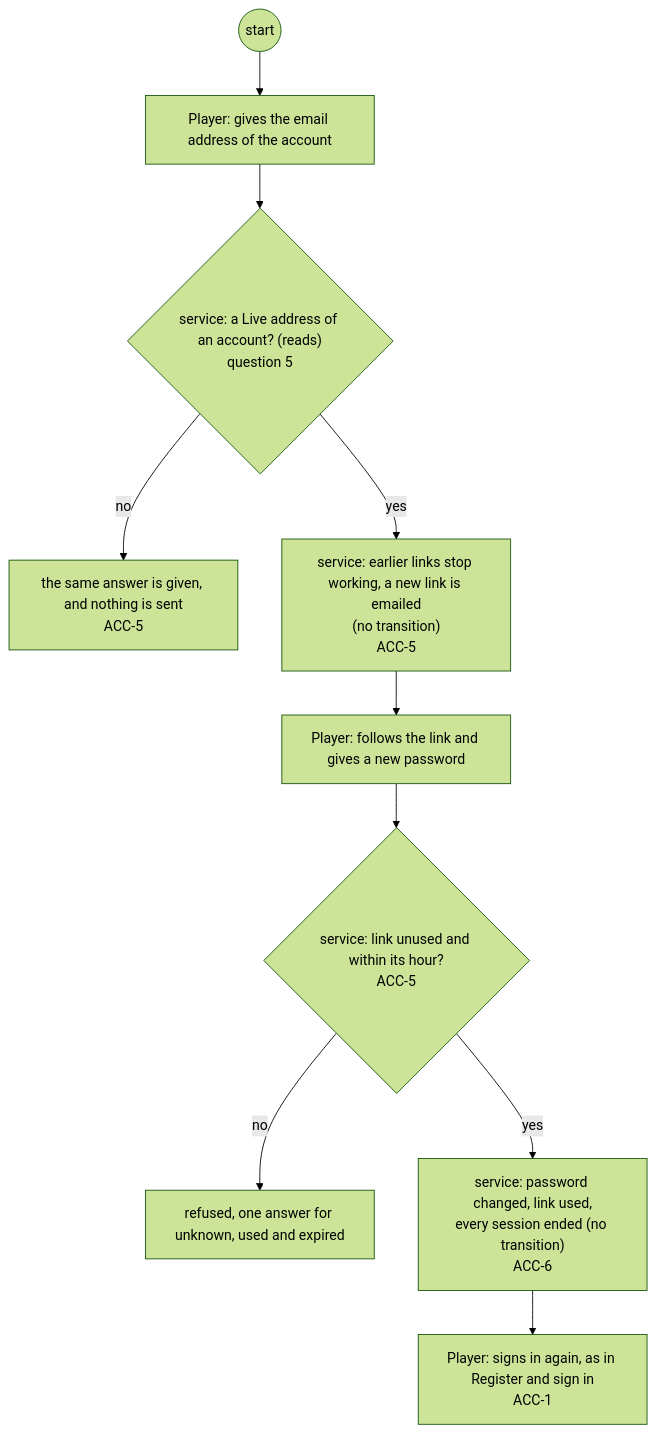
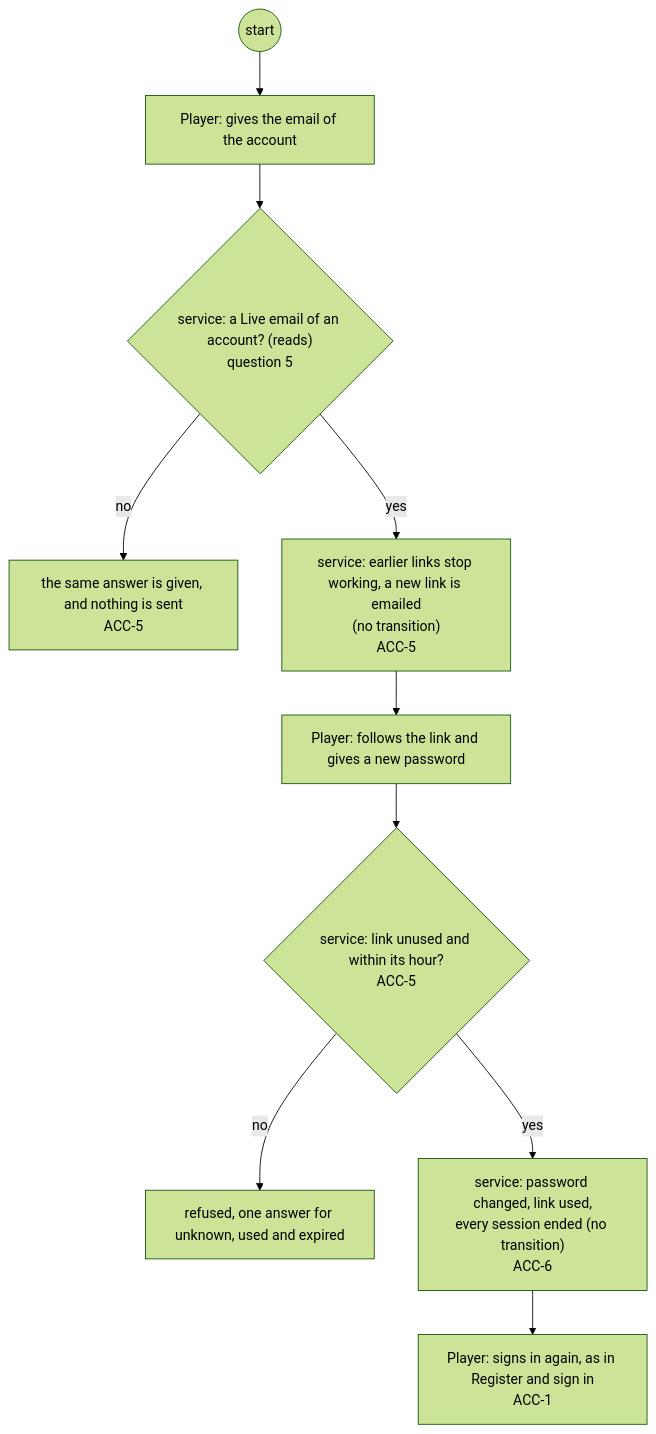
One commit to delphside/programme changed the sixth of 29 diagrams in docs/changes/workstreams/application-game-architecture/71-one-game-model/71-functional.md. Above: the diagram before and after it, drawn with Mermaid (forest theme). The commit also changed other lines of this file, not shown here.

First line of the commit message:
app 0.9.2 api 2.16: 71: "email" rather than "address" or "email address"

````diff
--- a/docs/changes/workstreams/application-game-architecture/71-one-game-model/71-functional.md
+++ b/docs/changes/workstreams/application-game-architecture/71-one-game-model/71-functional.md
@@ -156,12 +156,12 @@
 ```mermaid
 flowchart TD
-  s0((start)) --> p1["Player: gives the email address of the account"]
-  p1 --> v2{"service: a Live address of an account? (reads)<br/>question 5"}
+  s0((start)) --> p1["Player: gives the email of the account"]
+  p1 --> v2{"service: a Live email of an account? (reads)<br/>question 5"}
   v2 -- no --> a1["the same answer is given, and nothing is sent<br/>ACC-5"]
   v2 -- yes --> t1["service: earlier links stop working, a new link is emailed<br/>(no transition)<br/>ACC-5"]
   t1 --> p2["Player: follows the link and gives a new password"]
   p2 --> v3{"service: link unused and within its hour?<br/>ACC-5"}
   v3 -- no --> r2["refused, one answer for unknown, used and expired"]
   v3 -- yes --> t2["service: password changed, link used,<br/>every session ended (no transition)<br/>ACC-6"]
   t2 --> p3["Player: signs in again, as in Register and sign in<br/>ACC-1"]
 ```
````
